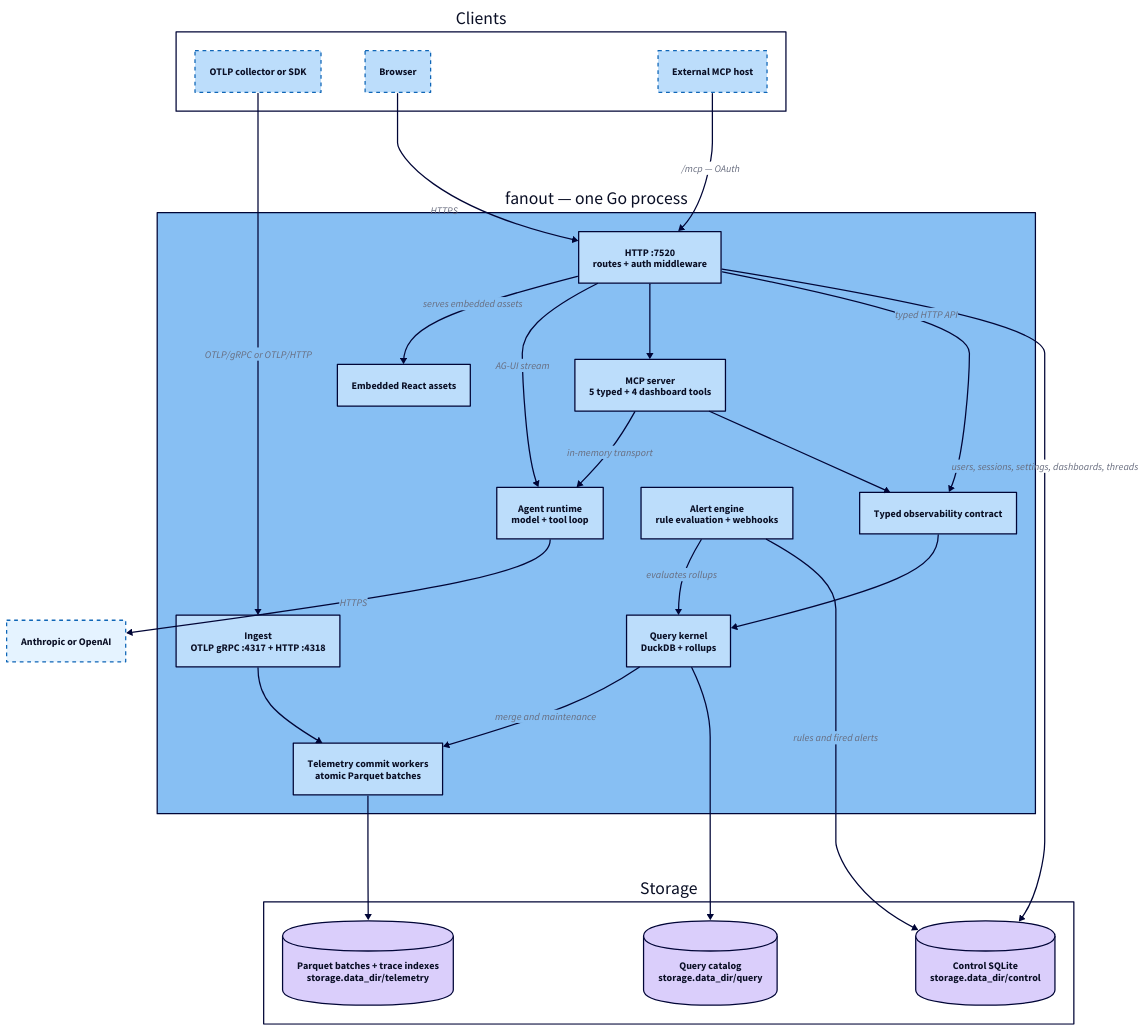
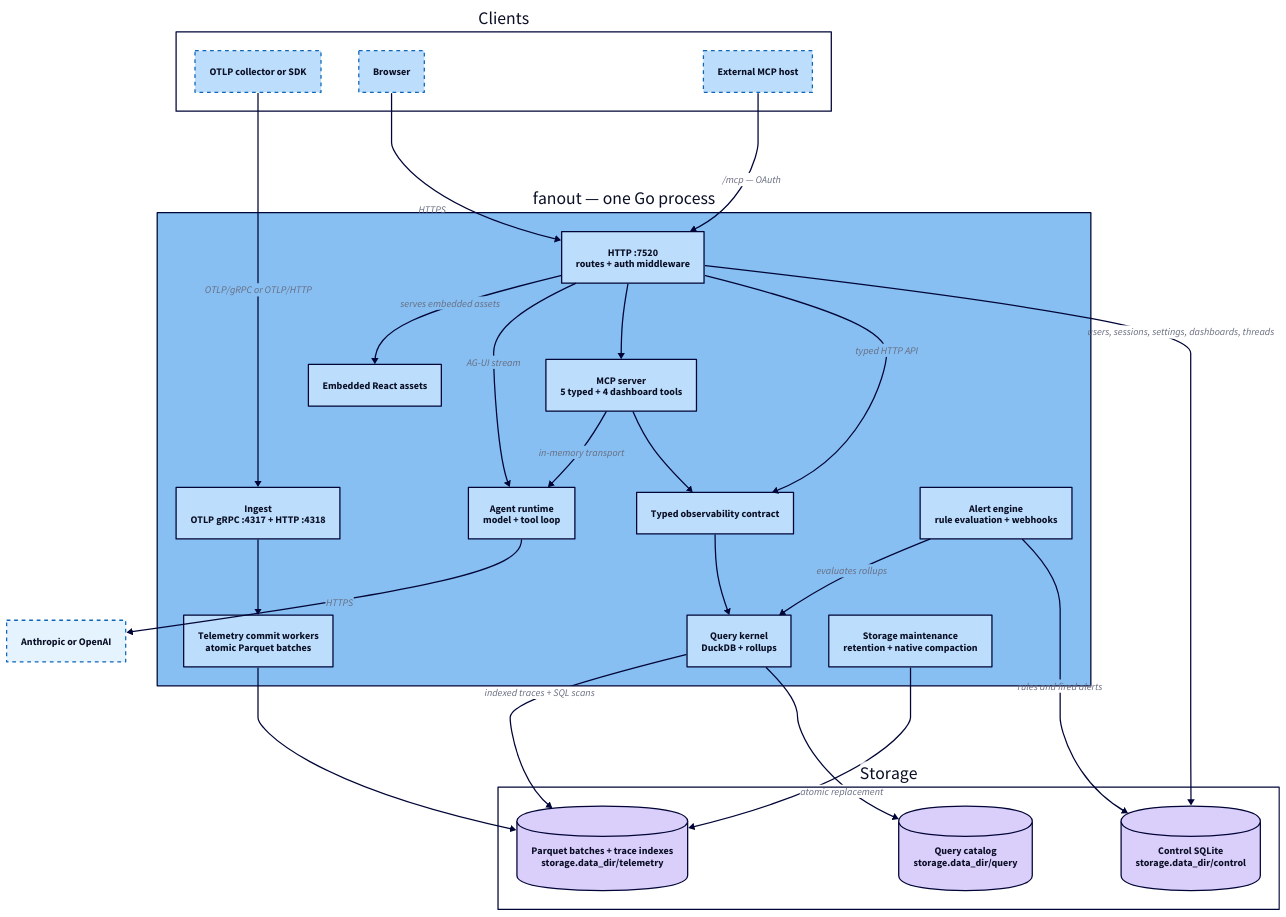
Before and after one commit to labstack/fanout: the diagram in docs/diagrams/architecture.d2, drawn with D2. The commit also changed 12 other files, not shown here.

Commit message:
docs(storage): document Parquet architecture

```diff
--- a/docs/diagrams/architecture.d2
+++ b/docs/diagrams/architecture.d2
@@ -1,62 +1,64 @@
 # Fanout runtime architecture: what one process owns, and how a request reaches
 # storage. Render with `just diagrams`; commit the SVG beside this file.
 
 vars: {
   d2-config: {
     layout-engine: dagre
     theme-id: 5
   }
 }
 
 direction: down
 
 clients: Clients {
   style.fill: transparent
   collector: "OTLP collector or SDK" {style.stroke-dash: 3}
   browser: Browser {style.stroke-dash: 3}
   ext: "External MCP host" {style.stroke-dash: 3}
 }
 
 fanout: "fanout — one Go process" {
   style.stroke-width: 2
 
   http: "HTTP :7520\nroutes + auth middleware"
   ingest: "Ingest\nOTLP gRPC :4317 + HTTP :4318"
   ui: "Embedded React assets"
   agent: "Agent runtime\nmodel + tool loop"
   mcp: "MCP server\n5 typed + 4 dashboard tools"
   obs: "Typed observability contract"
   commit: "Telemetry commit workers\natomic Parquet batches"
   query: "Query kernel\nDuckDB + rollups"
+  maint: "Storage maintenance\nretention + native compaction"
   alert: "Alert engine\nrule evaluation + webhooks"
 
   ingest -> commit
   http -> ui: serves embedded assets
   http -> agent: AG-UI stream
   http -> mcp
   mcp -> agent: in-memory transport
   mcp -> obs
   http -> obs: typed HTTP API
   obs -> query
   alert -> query: evaluates rollups
-  query -> commit: "merge and maintenance"
 }
 
 store: Storage {
   style.fill: transparent
   telemetry: "Parquet batches + trace indexes\nstorage.data_dir/telemetry" {shape: cylinder}
   qstate: "Query catalog\nstorage.data_dir/query" {shape: cylinder}
   control: "Control SQLite\nstorage.data_dir/control" {shape: cylinder}
 }
 
 model: "Anthropic or OpenAI" {style.stroke-dash: 3}
 
 clients.collector -> fanout.ingest: "OTLP/gRPC or OTLP/HTTP"
 clients.browser -> fanout.http: HTTPS
 clients.ext -> fanout.http: "/mcp — OAuth"
 
 fanout.commit -> store.telemetry
+fanout.query -> store.telemetry: "indexed traces + SQL scans"
 fanout.query -> store.qstate
+fanout.maint -> store.telemetry: "atomic replacement"
 fanout.http -> store.control: "users, sessions, settings, dashboards, threads"
 fanout.alert -> store.control: "rules and fired alerts"
 fanout.agent -> model: HTTPS
```
